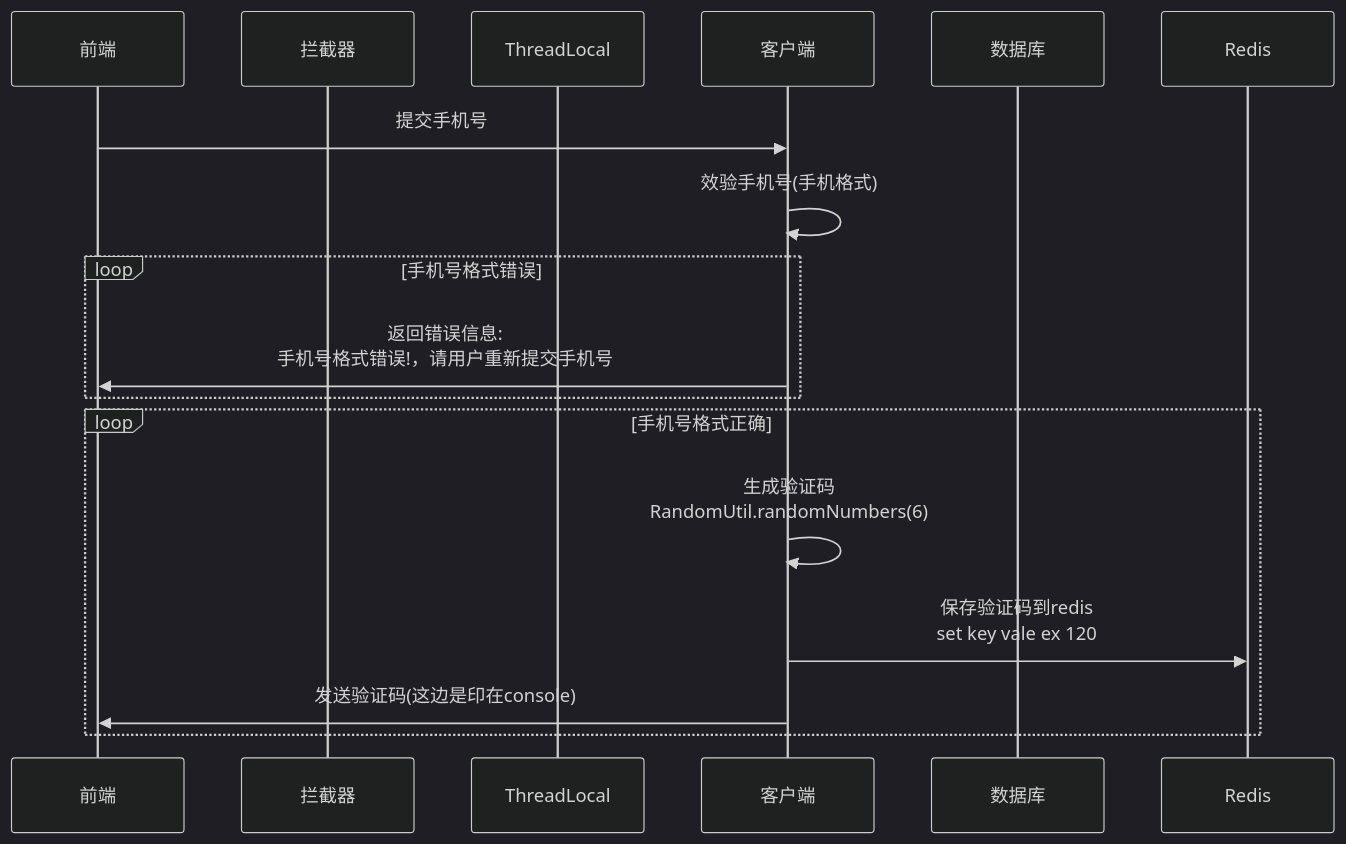
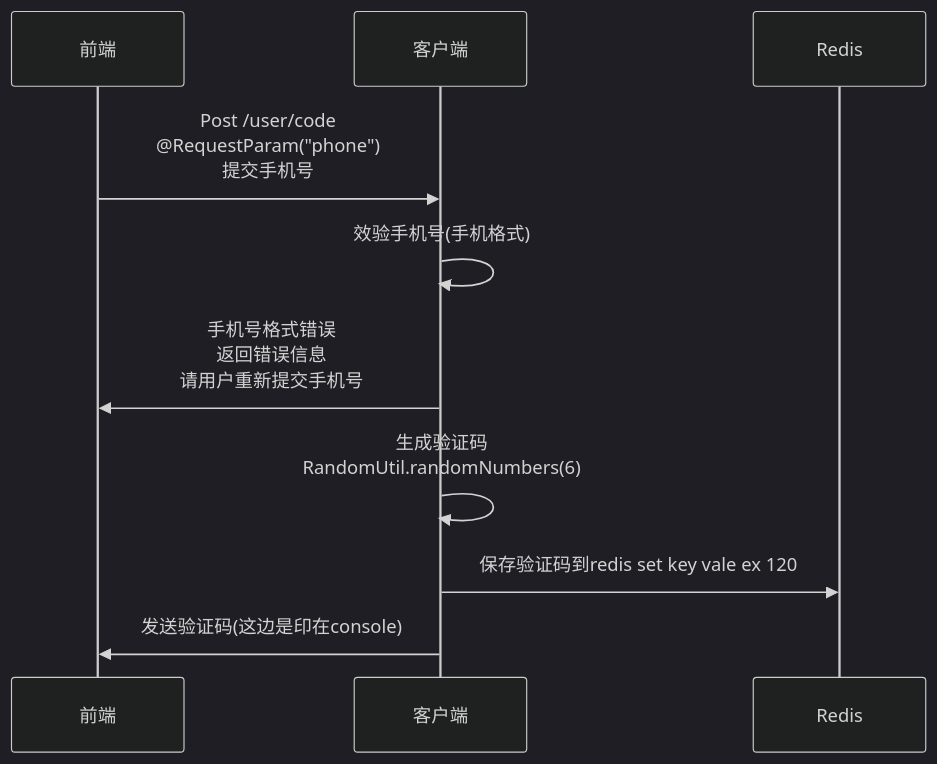
The fourth of 6 diagrams in README.md (feed981/e01), drawn with Mermaid (dark theme) before and after one commit. The commit also changed other lines of this file, not shown here.

````diff
--- a/README.md
+++ b/README.md
@@ -660,20 +392,13 @@
 ```mermaid
 sequenceDiagram
     participant 前端
-    participant 拦截器
-    participant ThreadLocal
     participant 客户端
-    participant 数据库
     participant Redis
 
-    前端->>客户端: 提交手机号
-    客户端->>客户端: 效验手机号(手机格式)
-    loop 手机号格式错误
-      客户端->>前端: 返回错误信息: <br>手机号格式错误!，请用户重新提交手机号
-    end
-    loop 手机号格式正确
-      客户端->>客户端: 生成验证码  <br>RandomUtil.randomNumbers(6)
-      客户端->>Redis: 保存验证码到redis <br>set key vale ex 120
-      客户端->>前端: 发送验证码(这边是印在console) 
-    end  
+前端->>客户端: Post /user/code <br>@RequestParam("phone")<br>提交手机号 
+客户端->>客户端: 效验手机号(手机格式)
+客户端->>前端: 手机号格式错误<br>返回错误信息<br>请用户重新提交手机号
+客户端->>客户端: 生成验证码  <br>RandomUtil.randomNumbers(6)
+客户端->>Redis: 保存验证码到redis set key vale ex 120
+客户端->>前端: 发送验证码(这边是印在console) 
 ```
````
